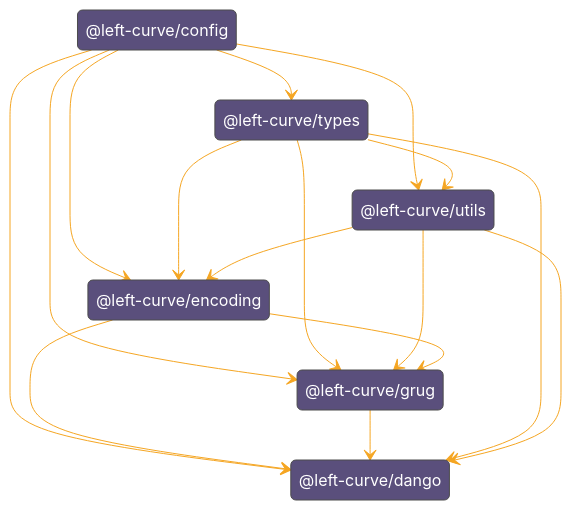
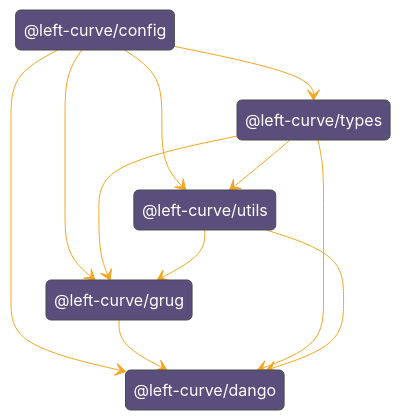
One commit to left-curve/left-curve changed the diagram in sdk/README.md. Above: the diagram before and after it, drawn with Mermaid. The commit also changed 54 other files, not shown here.

Commit message:
refactor: mv encoding into grug-sdk

````diff
--- a/sdk/README.md
+++ b/sdk/README.md
@@ -21,31 +21,25 @@
 ```mermaid
 %%{
   init: {
   'theme': 'base',
   'themeVariables': {"primaryTextColor":"#fff","primaryColor":"#5a4f7c","lineColor":"#f5a623" }
   }
 }%%
 stateDiagram-v2
     state "@left-curve/config" as left_curve_config
     state "@left-curve/types" as left_curve_types
     state "@left-curve/utils" as left_curve_utils
     state "@left-curve/grug" as left_curve_sdk
-    state "@left-curve/encoding" as left_curve_encoding
     state "@left-curve/dango" as left_curve_dango
 
     left_curve_config --> left_curve_types
     left_curve_config --> left_curve_utils
     left_curve_types --> left_curve_utils
     left_curve_config --> left_curve_sdk
     left_curve_types --> left_curve_sdk
     left_curve_utils --> left_curve_sdk
-    left_curve_encoding --> left_curve_sdk
-    left_curve_config --> left_curve_encoding
-    left_curve_types --> left_curve_encoding
-    left_curve_utils --> left_curve_encoding
     left_curve_config --> left_curve_dango
-    left_curve_encoding --> left_curve_dango
     left_curve_sdk --> left_curve_dango
     left_curve_types --> left_curve_dango
     left_curve_utils --> left_curve_dango
 ```
````
